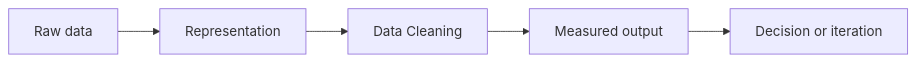
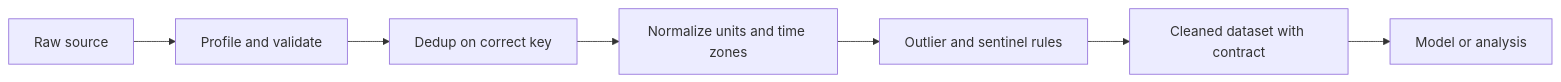
Before and after one commit to Icon1cc/Machine-Learning: the diagram in data-science/02-data-cleaning.md, drawn with Mermaid. The commit also changed other lines of this file and 264 other files, not shown here.

````diff
--- a/data-science/02-data-cleaning.md
+++ b/data-science/02-data-cleaning.md
@@ -92,7 +132,9 @@
 ```mermaid
 flowchart LR
-    A[Raw data] --> B[Representation]
-    B --> C[Data Cleaning]
-    C --> D[Measured output]
-    D --> E[Decision or iteration]
+    R[Raw source] --> P[Profile and validate]
+    P --> D[Dedup on correct key]
+    D --> N[Normalize units and time zones]
+    N --> O[Outlier and sentinel rules]
+    O --> C[Cleaned dataset with contract]
+    C --> M[Model or analysis]
 ```
````
